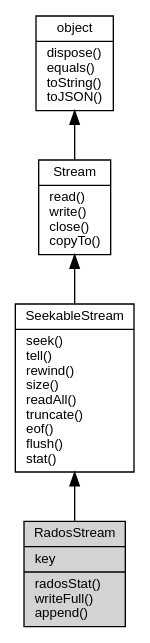
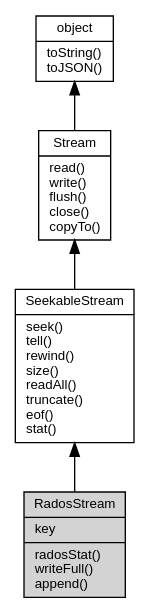
Before and after one commit to asionius/fibjs-ceph: the diagram in docs/object/ifs/RadosStream.md, drawn with Graphviz. The commit also changed other lines of this file and 138 other files, not shown here.

````diff
--- a/docs/object/ifs/RadosStream.md
+++ b/docs/object/ifs/RadosStream.md
@@ -16,14 +16,14 @@
 ```dot
 digraph {
     node [fontname="Helvetica,sans-Serif", fontsize=10, shape="record", style="filled", fillcolor="white"];
 
-    object [tooltip="object", URL="object.md", label="{object|dispose()\lequals()\ltoString()\ltoJSON()\l}"];
-    Stream [tooltip="Stream", URL="Stream.md", label="{Stream|read()\lwrite()\lclose()\lcopyTo()\l}"];
-    SeekableStream [tooltip="SeekableStream", URL="SeekableStream.md", label="{SeekableStream|seek()\ltell()\lrewind()\lsize()\lreadAll()\ltruncate()\leof()\lflush()\lstat()\l}"];
-    RadosStream [tooltip="RadosStream", fillcolor="lightgray", label="{RadosStream|key\l|radosStat()\lwriteFull()\lappend()\l}"];
+    object [tooltip="object", URL="object.md", label="{object|toString()\ltoJSON()\l}"];
+    Stream [tooltip="Stream", URL="Stream.md", label="{Stream|read()\lwrite()\lflush()\lclose()\lcopyTo()\l}"];
+    SeekableStream [tooltip="SeekableStream", URL="SeekableStream.md", label="{SeekableStream|seek()\ltell()\lrewind()\lsize()\lreadAll()\ltruncate()\leof()\lstat()\l}"];
+    RadosStream [tooltip="RadosStream", fillcolor="lightgray", id="me", label="{RadosStream|key\l|radosStat()\lwriteFull()\lappend()\l}"];
 
     object -> Stream [dir=back];
     Stream -> SeekableStream [dir=back];
     SeekableStream -> RadosStream [dir=back];
 }
 ```
````
